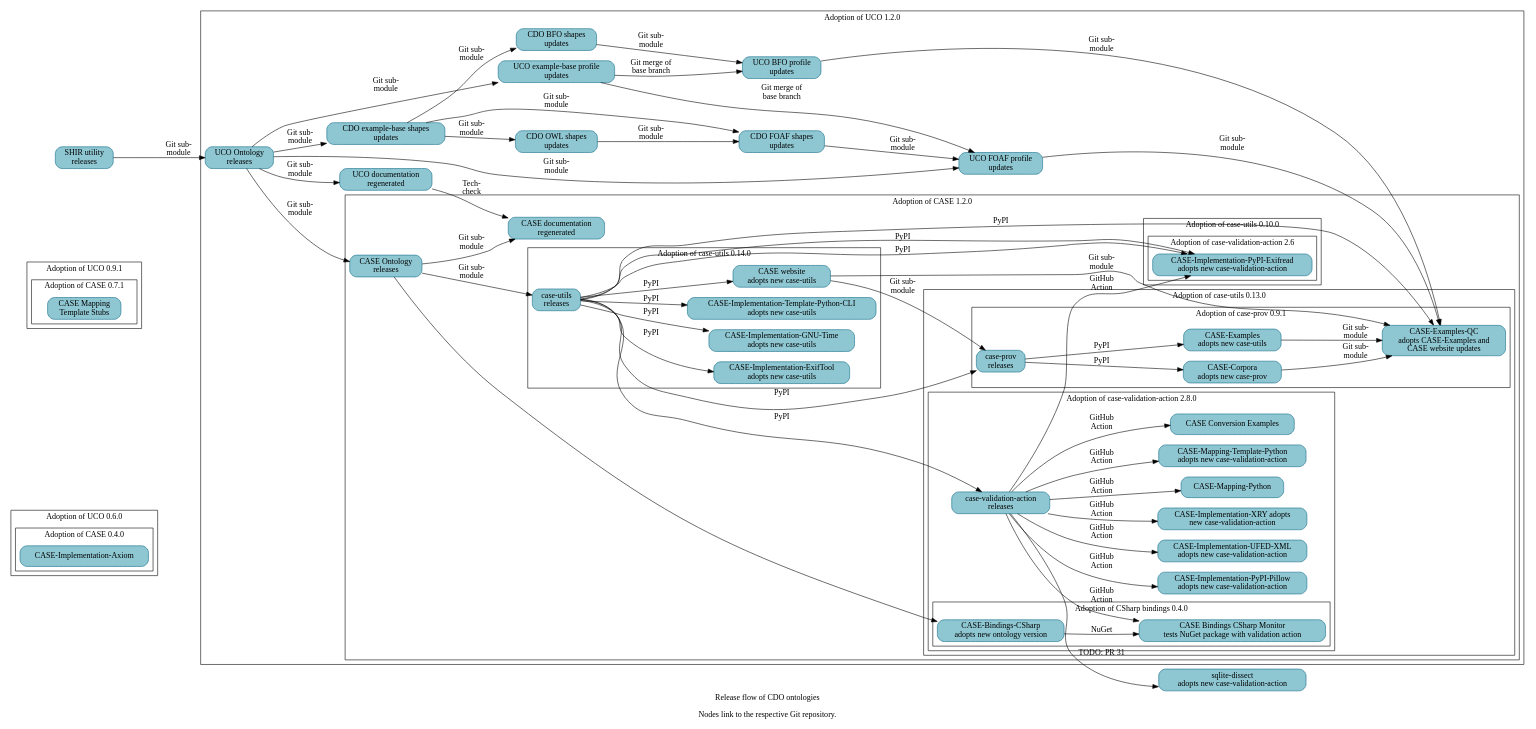
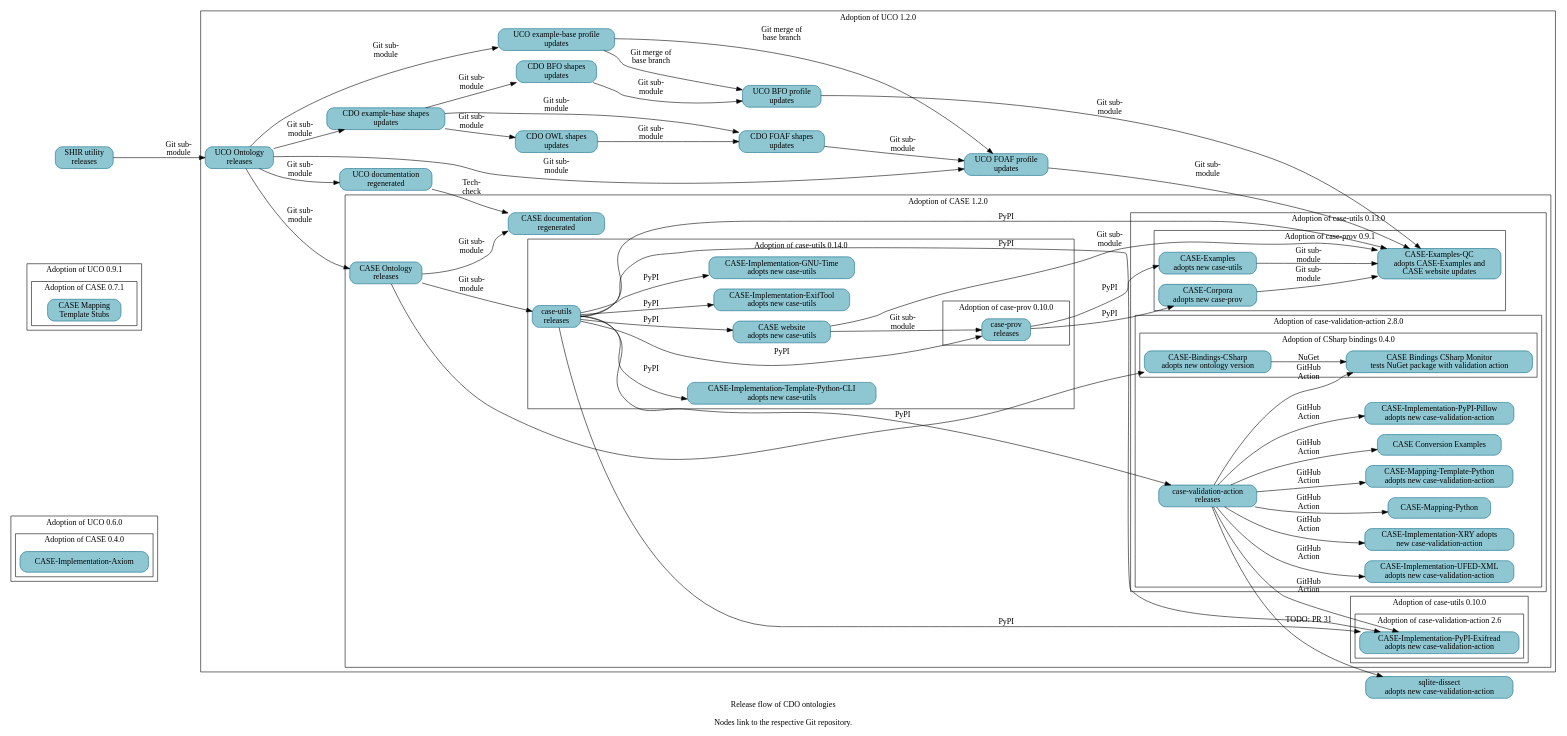
Before and after one commit to Cyber-Domain-Ontology/cdo.github.io: the diagram in resources/project_release_flow.dot, drawn with Graphviz.

Commit message:
Add case-prov 0.10.0 release
A follow-on patch will regenerate Make-managed files.

```diff
--- a/resources/project_release_flow.dot
+++ b/resources/project_release_flow.dot
@@ -1,149 +1,154 @@
 digraph "cdo_release_flow" {
   label = "Release flow of CDO ontologies\n\nNodes link to the respective Git repository." ;
   rankdir = "LR" ;
   node [shape="rectangle" style="filled,rounded" fillcolor="#8EC7D2" color="#0D6986"] ;
 
   // Define nodes in their corresponding progress subgraph.
 
   subgraph cluster_uco_0_6_0 {
     label = "Adoption of UCO 0.6.0" ;
 
     subgraph cluster_case_0_4_0 {
       label = "Adoption of CASE 0.4.0" ;
       _GH__CASEWORK__CASE_IMPLEMENTATION_AXIOM [URL="https://github.com/casework/CASE-Implementation-Axiom" label="CASE-Implementation-Axiom"] ;
     }
   }
 
   subgraph cluster_uco_0_9_1 {
     label = "Adoption of UCO 0.9.1" ;
 
     subgraph cluster_case_0_7_1 {
       label = "Adoption of CASE 0.7.1" ;
       _GH__CASEWORK__CASE_MAPPING_TEMPLATE_STUBS [URL="https://github.com/casework/CASE-Mapping-Template-Stubs" label="CASE Mapping\nTemplate Stubs"] ;
     }
   }
 
   subgraph cluster_uco_1_2_0 {
     label = "Adoption of UCO 1.2.0" ;
 
     _GH__CYBER_DOMAIN_ONTOLOGY__CDO_SHAPES_BFO [URL="https://github.com/Cyber-Domain-Ontology/CDO-Shapes-BFO" label="CDO BFO shapes\nupdates"] ;
     _GH__CYBER_DOMAIN_ONTOLOGY__CDO_SHAPES_EXAMPLE [URL="https://github.com/Cyber-Domain-Ontology/CDO-Shapes-Example" label="CDO example-base shapes\nupdates"] ;
     _GH__CYBER_DOMAIN_ONTOLOGY__CDO_SHAPES_FOAF [URL="https://github.com/Cyber-Domain-Ontology/CDO-Shapes-FOAF" label="CDO FOAF shapes\nupdates"] ;
     _GH__CYBER_DOMAIN_ONTOLOGY__CDO_SHAPES_OWL [URL="https://github.com/Cyber-Domain-Ontology/CDO-Shapes-OWL" label="CDO OWL shapes\nupdates"] ;
     _GH__UCOPROJECT__ONTOLOGY_UNIFIEDCYBERONTOLOGY_ORG [URL="https://github.com/ucoProject/ontology.unifiedcyberontology.org" label="UCO documentation\nregenerated"] ;
     _GH__UCOPROJECT__UCO [URL="https://github.com/ucoProject/UCO" label="UCO Ontology\nreleases"] ;
     _GH__UCOPROJECT__UCO_PROFILE_BFO [URL="https://github.com/ucoProject/UCO-Profile-BFO" label="UCO BFO profile\nupdates"] ;
     _GH__UCOPROJECT__UCO_PROFILE_EXAMPLE [URL="https://github.com/ucoProject/UCO-Profile-Example" label="UCO example-base profile\nupdates"] ;
     _GH__UCOPROJECT__UCO_PROFILE_FOAF [URL="https://github.com/ucoProject/UCO-Profile-FOAF" label="UCO FOAF profile\nupdates"] ;
 
     subgraph cluster_case_1_2_0 {
       label = "Adoption of CASE 1.2.0" ;
 
       _GH__CASEWORK__CASE [URL="https://github.com/casework/CASE" label="CASE Ontology\nreleases"] ;
       _GH__CASEWORK__ONTOLOGY_CASEONTOLOGY_ORG [URL="https://github.com/casework/ontology.caseontology.org" label="CASE documentation\nregenerated"] ;
 
       subgraph cluster_case_utils_0_10_0 {
         label = "Adoption of case-utils 0.10.0" ;
 
         subgraph cluster_case_validation_action_2_6 {
           label = "Adoption of case-validation-action 2.6" ;
 
           _GH__CASEWORK__CASE_IMPLEMENTATION_PYPI_EXIFREAD [URL="https://github.com/casework/CASE-Implementation-PyPI-Exifread" label="CASE-Implementation-PyPI-Exifread\nadopts new case-validation-action"] ;
         }
       }
 
       subgraph cluster_case_utils_0_13_0 {
         label = "Adoption of case-utils 0.13.0" ;
 
         subgraph cluster_case_prov_0_9_1 {
           label = "Adoption of case-prov 0.9.1" ;
 
           _GH__AJNELSON_NIST__CASE_EXAMPLES_QC [URL="https://github.com/ajnelson-nist/CASE-Examples-QC" label="CASE-Examples-QC\nadopts CASE-Examples and\nCASE website updates"] ;
           _GH__CASEWORK__CASE_CORPORA [URL="https://github.com/casework/CASE-Corpora" label="CASE-Corpora\nadopts new case-prov"] ;
           _GH__CASEWORK__CASE_EXAMPLES [URL="https://github.com/casework/CASE-Examples" label="CASE-Examples\nadopts new case-utils"] ;
-          _GH__CASEWORK__CASE_IMPLEMENTATION_PROV_O [URL="https://github.com/casework/CASE-Implementation-PROV-O" label="case-prov\nreleases"] ;
         }
 
         subgraph cluster_case_validation_action_2_8_0 {
           label = "Adoption of case-validation-action 2.8.0" ;
 
           _GH__KCHASON__CASE_VALIDATION_ACTION [URL="https://github.com/kchason/case-validation-action" label="case-validation-action\nreleases"] ;
           _GH__CASEWORK__CASE_EXAMPLES_CONVERSION [URL="https://github.com/casework/CASE-Examples-Conversion" label="CASE Conversion Examples"] ;
           _GH__CASEWORK__CASE_IMPLEMENTATION_PYPI_PILLOW [URL="https://github.com/casework/CASE-Implementation-PyPI-Pillow" label="CASE-Implementation-PyPI-Pillow\nadopts new case-validation-action"] ;
           _GH__CASEWORK__CASE_IMPLEMENTATION_UFED_XML [URL="https://github.com/casework/CASE-Implementation-UFED-XML" label="CASE-Implementation-UFED-XML\nadopts new case-validation-action"] ;
           _GH__CASEWORK__CASE_IMPLEMENTATION_XRY [URL="https://github.com/casework/CASE-Implementation-XRY" label="CASE-Implementation-XRY adopts\nnew case-validation-action"] ;
           _GH__CASEWORK__CASE_MAPPING_PYTHON [URL="https://github.com/casework/CASE-Mapping-Python/" label="CASE-Mapping-Python"] ;
           _GH__CASEWORK__CASE_MAPPING_TEMPLATE_PYTHON [URL="https://github.com/casework/CASE-Mapping-Template-Python" label="CASE-Mapping-Template-Python\nadopts new case-validation-action"] ;
 
           subgraph cluster_case_bindings_csharp_0_4_0 {
             label = "Adoption of CSharp bindings 0.4.0" ;
 
             _GH__CASEWORK__CASE_BINDINGS_CSHARP_MONITOR [URL="https://github.com/casework/CASE-Bindings-CSharp-Monitor" label="CASE Bindings CSharp Monitor\ntests NuGet package with validation action"] ;
             _GH__CIPHERTECHSOLUTIONS__CASE_BINDINGS_CSHARP [URL="https://github.com/ciphertechsolutions/CASE-Bindings-CSharp" label="CASE-Bindings-CSharp\nadopts new ontology version"] ;
           }
         }
       }
 
       subgraph cluster_case_utils_0_14_0 {
         label = "Adoption of case-utils 0.14.0" ;
 
         _GH__CASEWORK__CASE_IMPLEMENTATION_EXIFTOOL [URL="https://github.com/casework/CASE-Implementation-ExifTool" label="CASE-Implementation-ExifTool\nadopts new case-utils"] ;
         _GH__CASEWORK__CASE_IMPLEMENTATION_GNU_TIME [URL="https://github.com/casework/CASE-Implementation-GNU-Time" label="CASE-Implementation-GNU-Time\nadopts new case-utils"] ;
         _GH__CASEWORK__CASE_IMPLEMENTATION_TEMPLATE_PYTHON_CLI [URL="https://github.com/casework/CASE-Implementation-Template-Python-CLI" label="CASE-Implementation-Template-Python-CLI\nadopts new case-utils"]
         _GH__CASEWORK__CASE_UTILITIES_PYTHON [URL="https://github.com/casework/CASE-Utilities-Python" label="case-utils\nreleases"] ;
         _GH__CASEWORK__CASEWORK_GITHUB_IO [URL="https://github.com/casework/casework.github.io" label="CASE website\nadopts new case-utils"] ;
+
+        subgraph cluster_case_prov_0_10_0 {
+          label = "Adoption of case-prov 0.10.0" ;
+
+          _GH__CASEWORK__CASE_IMPLEMENTATION_PROV_O [URL="https://github.com/casework/CASE-Implementation-PROV-O" label="case-prov\nreleases"] ;
+        }
       }
     }
   }
 
   _GH__CASEWORK__CASE_UTILITY_SHACL_INHERITANCE_REVIEWER [URL="https://github.com/casework/CASE-Utility-SHACL-Inheritance-Reviewer" label="SHIR utility\nreleases"] ;
   _GH__DOD_CYBER_CRIME_CENTER__SQLITE_DISSECT [URL="https://github.com/dod-cyber-crime-center/sqlite-dissect" label="sqlite-dissect\nadopts new case-validation-action"] ;
 
   // Begin edges
 
   _GH__CASEWORK__CASEWORK_GITHUB_IO -> _GH__CASEWORK__CASE_IMPLEMENTATION_PROV_O [label="Git sub-\nmodule"] ;
   _GH__CASEWORK__CASE_CORPORA -> _GH__AJNELSON_NIST__CASE_EXAMPLES_QC [label="Git sub-\nmodule"] ;
   _GH__CASEWORK__CASE -> _GH__CASEWORK__CASE_UTILITIES_PYTHON [label="Git sub-\nmodule"] ;
   _GH__CASEWORK__CASE -> _GH__CIPHERTECHSOLUTIONS__CASE_BINDINGS_CSHARP ;
   _GH__CASEWORK__CASE -> _GH__CASEWORK__ONTOLOGY_CASEONTOLOGY_ORG [label="Git sub-\nmodule"] ; 
   _GH__CASEWORK__CASE_EXAMPLES -> _GH__AJNELSON_NIST__CASE_EXAMPLES_QC [label="Git sub-\nmodule"] ;
   _GH__CASEWORK__CASE_IMPLEMENTATION_PROV_O -> _GH__CASEWORK__CASE_CORPORA [label="PyPI"] ;
   _GH__CASEWORK__CASE_IMPLEMENTATION_PROV_O -> _GH__CASEWORK__CASE_EXAMPLES [label="PyPI"] ;
   _GH__CASEWORK__CASE_UTILITIES_PYTHON -> _GH__AJNELSON_NIST__CASE_EXAMPLES_QC [label="PyPI"] ;
   _GH__CASEWORK__CASE_UTILITIES_PYTHON -> _GH__CASEWORK__CASE_IMPLEMENTATION_EXIFTOOL [label="PyPI"] ;
   _GH__CASEWORK__CASE_UTILITIES_PYTHON -> _GH__CASEWORK__CASE_IMPLEMENTATION_GNU_TIME [label="PyPI"] ;
   _GH__CASEWORK__CASE_UTILITIES_PYTHON -> _GH__CASEWORK__CASE_IMPLEMENTATION_PROV_O [label="PyPI"] ;
   _GH__CASEWORK__CASE_UTILITIES_PYTHON -> _GH__CASEWORK__CASE_IMPLEMENTATION_PYPI_EXIFREAD [label="PyPI"] ;
   _GH__CASEWORK__CASE_UTILITIES_PYTHON -> _GH__CASEWORK__CASE_IMPLEMENTATION_TEMPLATE_PYTHON_CLI [label="PyPI"];
   _GH__CASEWORK__CASE_UTILITIES_PYTHON -> _GH__KCHASON__CASE_VALIDATION_ACTION [label="PyPI"] ;
   _GH__CASEWORK__CASE_UTILITIES_PYTHON -> _GH__CASEWORK__CASEWORK_GITHUB_IO [label="PyPI"] ;
   _GH__CASEWORK__CASE_UTILITY_SHACL_INHERITANCE_REVIEWER -> _GH__UCOPROJECT__UCO [label="Git sub-\nmodule"] ;
   _GH__CASEWORK__CASEWORK_GITHUB_IO -> _GH__AJNELSON_NIST__CASE_EXAMPLES_QC [label="Git sub-\nmodule"] ;
   _GH__CIPHERTECHSOLUTIONS__CASE_BINDINGS_CSHARP -> _GH__CASEWORK__CASE_BINDINGS_CSHARP_MONITOR [label="NuGet"] ;
   _GH__CYBER_DOMAIN_ONTOLOGY__CDO_SHAPES_BFO -> _GH__UCOPROJECT__UCO_PROFILE_BFO [label="Git sub-\nmodule"] ;
   _GH__CYBER_DOMAIN_ONTOLOGY__CDO_SHAPES_EXAMPLE -> _GH__CYBER_DOMAIN_ONTOLOGY__CDO_SHAPES_BFO [label="Git sub-\nmodule"] ;
   _GH__CYBER_DOMAIN_ONTOLOGY__CDO_SHAPES_EXAMPLE -> _GH__CYBER_DOMAIN_ONTOLOGY__CDO_SHAPES_FOAF [label="Git sub-\nmodule"] ;
   _GH__CYBER_DOMAIN_ONTOLOGY__CDO_SHAPES_EXAMPLE -> _GH__CYBER_DOMAIN_ONTOLOGY__CDO_SHAPES_OWL [label="Git sub-\nmodule"] ;
   _GH__CYBER_DOMAIN_ONTOLOGY__CDO_SHAPES_FOAF -> _GH__UCOPROJECT__UCO_PROFILE_FOAF [label="Git sub-\nmodule"] ;
   _GH__CYBER_DOMAIN_ONTOLOGY__CDO_SHAPES_OWL -> _GH__CYBER_DOMAIN_ONTOLOGY__CDO_SHAPES_FOAF [label="Git sub-\nmodule"] ;
   _GH__KCHASON__CASE_VALIDATION_ACTION -> _GH__CASEWORK__CASE_BINDINGS_CSHARP_MONITOR [label="GitHub\nAction"] ;
   _GH__KCHASON__CASE_VALIDATION_ACTION -> _GH__CASEWORK__CASE_EXAMPLES_CONVERSION [label="GitHub\nAction"];
   _GH__CASEWORK__CASE_UTILITIES_PYTHON -> _GH__CASEWORK__CASE_IMPLEMENTATION_PYPI_EXIFREAD [label="PyPI"] ;
   _GH__KCHASON__CASE_VALIDATION_ACTION -> _GH__CASEWORK__CASE_IMPLEMENTATION_PYPI_EXIFREAD [label="GitHub\nAction"] ;
   _GH__KCHASON__CASE_VALIDATION_ACTION -> _GH__CASEWORK__CASE_IMPLEMENTATION_PYPI_PILLOW [label="GitHub\nAction"] ;
   _GH__KCHASON__CASE_VALIDATION_ACTION -> _GH__CASEWORK__CASE_IMPLEMENTATION_UFED_XML [label="GitHub\nAction"] ;
   _GH__KCHASON__CASE_VALIDATION_ACTION -> _GH__CASEWORK__CASE_IMPLEMENTATION_XRY [label="GitHub\nAction"] ;
   _GH__KCHASON__CASE_VALIDATION_ACTION -> _GH__CASEWORK__CASE_MAPPING_PYTHON [label="GitHub\nAction"] ;
   _GH__KCHASON__CASE_VALIDATION_ACTION -> _GH__CASEWORK__CASE_MAPPING_TEMPLATE_PYTHON [label="GitHub\nAction"] ;
   _GH__KCHASON__CASE_VALIDATION_ACTION -> _GH__DOD_CYBER_CRIME_CENTER__SQLITE_DISSECT [URL="https://github.com/dod-cyber-crime-center/sqlite-dissect/pull/31" label="TODO: PR 31"] ;
   _GH__UCOPROJECT__ONTOLOGY_UNIFIEDCYBERONTOLOGY_ORG -> _GH__CASEWORK__ONTOLOGY_CASEONTOLOGY_ORG [label="Tech-\ncheck"];
   _GH__UCOPROJECT__UCO -> _GH__CASEWORK__CASE [label="Git sub-\nmodule"] ;
   _GH__UCOPROJECT__UCO -> _GH__CYBER_DOMAIN_ONTOLOGY__CDO_SHAPES_EXAMPLE [label="Git sub-\nmodule"] ;
   _GH__UCOPROJECT__UCO -> _GH__UCOPROJECT__ONTOLOGY_UNIFIEDCYBERONTOLOGY_ORG [label="Git sub-\nmodule"] ;
   _GH__UCOPROJECT__UCO -> _GH__UCOPROJECT__UCO_PROFILE_EXAMPLE [label="Git sub-\nmodule"] ;
   _GH__UCOPROJECT__UCO -> _GH__UCOPROJECT__UCO_PROFILE_FOAF [label="Git sub-\nmodule"] ;
   _GH__UCOPROJECT__UCO_PROFILE_BFO -> _GH__AJNELSON_NIST__CASE_EXAMPLES_QC [label="Git sub-\nmodule"] ;
   _GH__UCOPROJECT__UCO_PROFILE_EXAMPLE -> _GH__UCOPROJECT__UCO_PROFILE_BFO [label="Git merge of\nbase branch"] ;
   _GH__UCOPROJECT__UCO_PROFILE_EXAMPLE -> _GH__UCOPROJECT__UCO_PROFILE_FOAF [label="Git merge of\nbase branch"] ;
   _GH__UCOPROJECT__UCO_PROFILE_FOAF -> _GH__AJNELSON_NIST__CASE_EXAMPLES_QC [label="Git sub-\nmodule"] ;
 }
```
